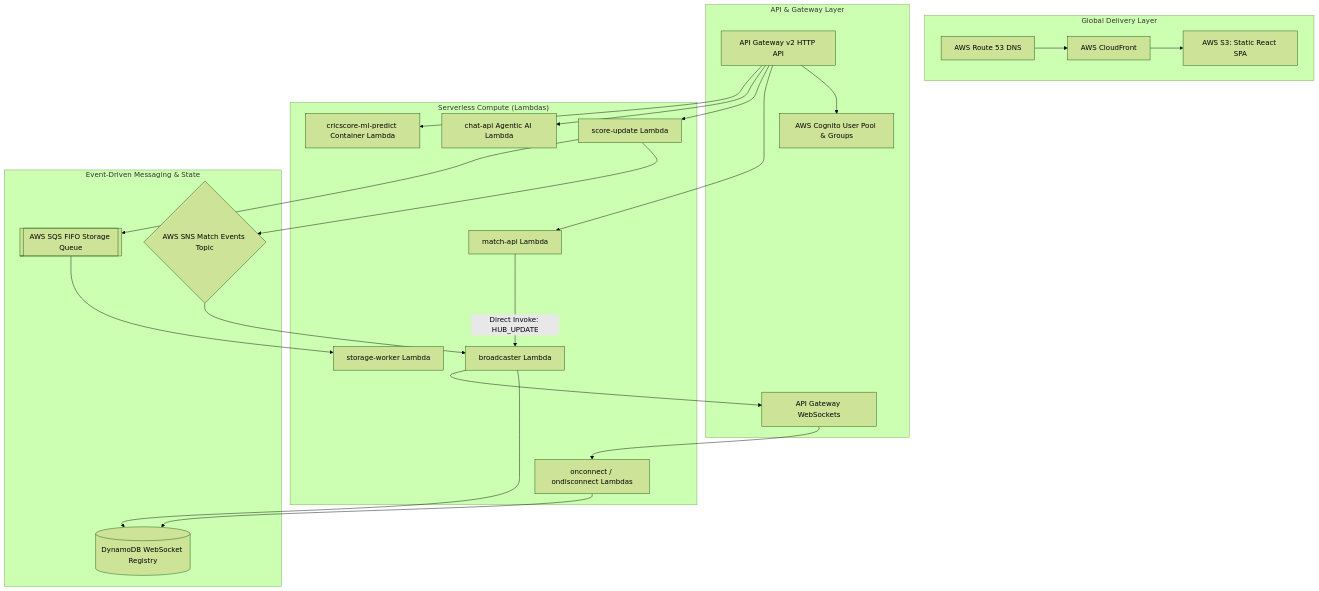
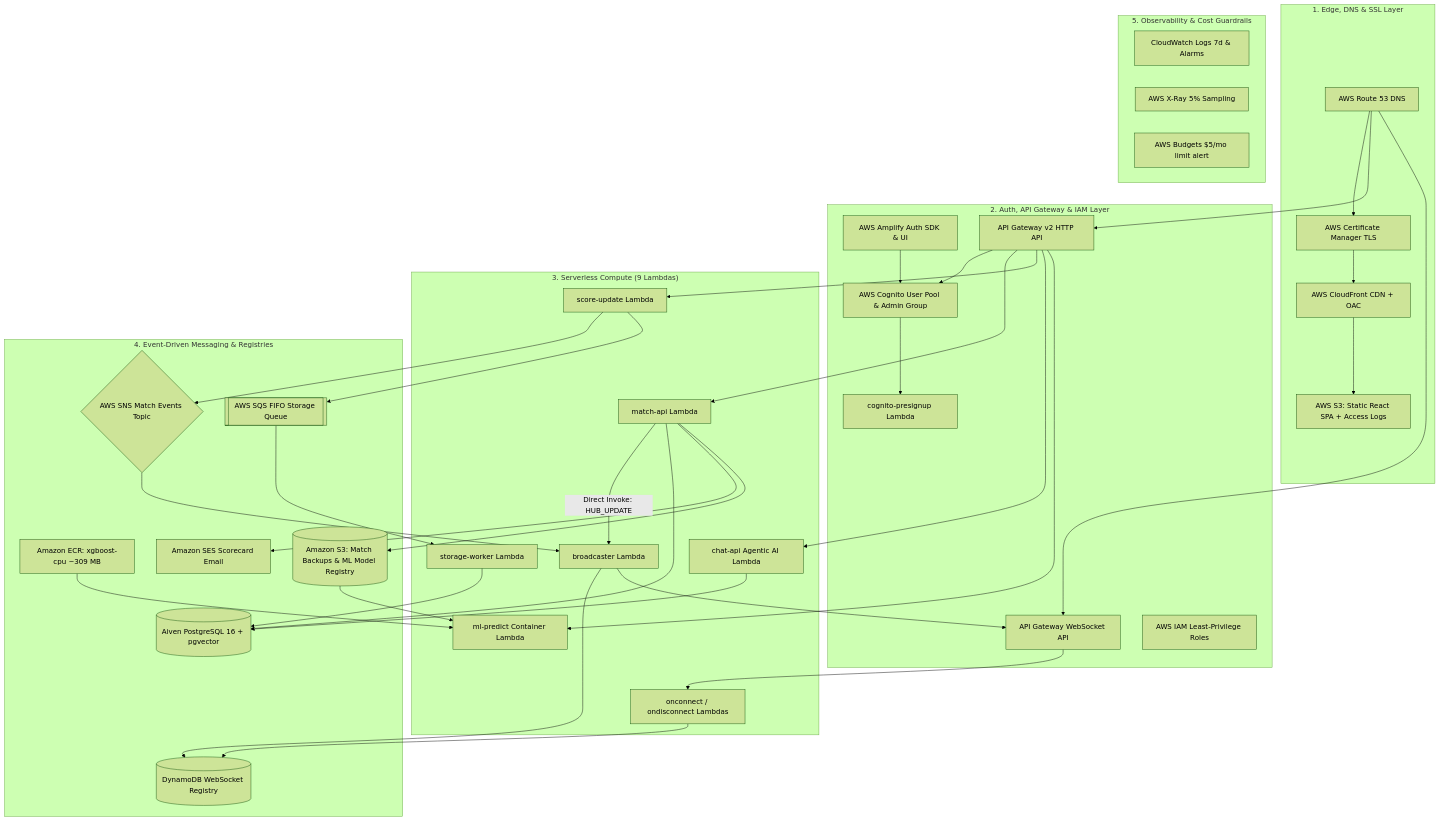
Before and after one commit to venkatesh-singamsetty/cricscore: the diagram in docs/terraform_guide.md, drawn with Mermaid (forest theme). The commit also changed other lines of this file and 89 other files, not shown here.

````diff
--- a/docs/terraform_guide.md
+++ b/docs/terraform_guide.md
@@ -16,44 +12,67 @@
 ```mermaid
 graph TD
-    subgraph CDN ["Global Delivery Layer"]
-        CF[AWS CloudFront] --> S3[AWS S3: Static React SPA]
-        R53[AWS Route 53 DNS] --> CF
+    subgraph CDN ["1. Edge, DNS & SSL Layer"]
+        R53[AWS Route 53 DNS] --> ACM[AWS Certificate Manager TLS]
+        ACM --> CF[AWS CloudFront CDN + OAC]
+        CF --> S3[AWS S3: Static React SPA + Access Logs]
     end
 
-    subgraph API ["API & Gateway Layer"]
+    subgraph API ["2. Auth, API Gateway & IAM Layer"]
+        AMP[AWS Amplify Auth SDK & UI]
         HTTP_GW[API Gateway v2 HTTP API]
-        WS_GW[API Gateway WebSockets]
-        COG[AWS Cognito User Pool & Groups]
+        WS_GW[API Gateway WebSocket API]
+        COG[AWS Cognito User Pool & Admin Group]
+        L_AUTH[cognito-presignup Lambda]
+        IAM[AWS IAM Least-Privilege Roles]
+        AMP --> COG --> L_AUTH
         HTTP_GW --> COG
     end
 
-    subgraph COMPUTE ["Serverless Compute (Lambdas)"]
+    subgraph COMPUTE ["3. Serverless Compute (9 Lambdas)"]
         L_MATCH[match-api Lambda]
         L_SCORE[score-update Lambda]
         L_WORKER[storage-worker Lambda]
         L_BROAD[broadcaster Lambda]
         L_SESS[onconnect / ondisconnect Lambdas]
         L_CHAT[chat-api Agentic AI Lambda]
-        L_ML[cricscore-ml-predict Container Lambda]
+        L_ML[ml-predict Container Lambda]
     end
 
-    subgraph MSG ["Event-Driven Messaging & State"]
+    subgraph MSG ["4. Event-Driven Messaging & Registries"]
         SNS{AWS SNS Match Events Topic}
         SQS[[AWS SQS FIFO Storage Queue]]
         DDB[(DynamoDB WebSocket Registry)]
+        ECR[Amazon ECR: xgboost-cpu ~309 MB]
+        S3_BAK[(Amazon S3: Match Backups & ML Model Registry)]
+        SES[Amazon SES Scorecard Email]
+        PG[(Aiven PostgreSQL 16 + pgvector)]
     end
 
+    subgraph OBS ["5. Observability & Cost Guardrails"]
+        CW[CloudWatch Logs 7d & Alarms]
+        XRAY[AWS X-Ray 5% Sampling]
+        BUD[AWS Budgets $5/mo limit alert]
+    end
+
+    R53 --> HTTP_GW
+    R53 --> WS_GW
     HTTP_GW --> L_MATCH
     HTTP_GW --> L_SCORE
     HTTP_GW --> L_CHAT
     HTTP_GW --> L_ML
     WS_GW --> L_SESS
     L_SESS --> DDB
     L_SCORE --> SNS
     L_SCORE --> SQS
     L_MATCH -->|Direct Invoke: HUB_UPDATE| L_BROAD
-    SQS --> L_WORKER
+    L_MATCH --> PG
+    L_MATCH --> SES
+    L_MATCH --> S3_BAK
+    SQS --> L_WORKER --> PG
     SNS --> L_BROAD
     L_BROAD --> DDB
     L_BROAD --> WS_GW
+    ECR --> L_ML
+    S3_BAK --> L_ML
+    L_CHAT --> PG
 ```
````
